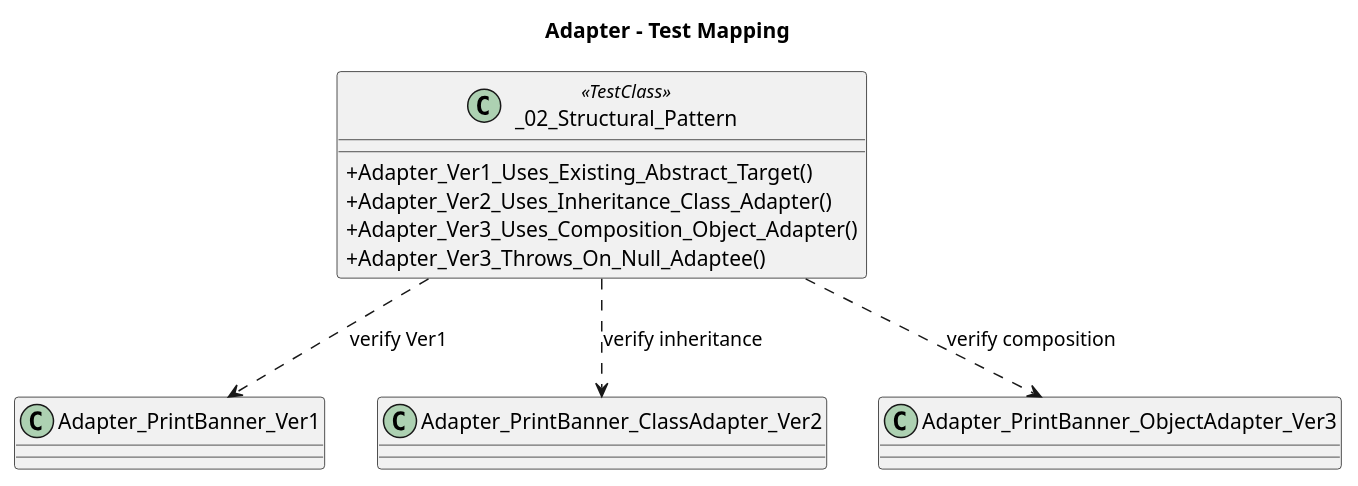
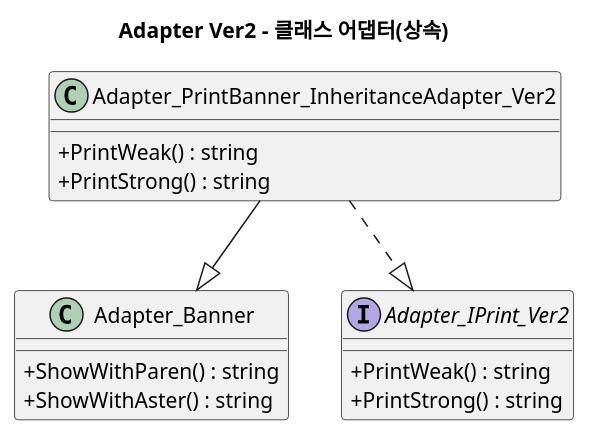
Before and after one commit to newbigwater/Design-Pattern: the second of 3 diagrams in doc/02. Structural Pattern/02.01. Adapter.md, drawn with PlantUML. The commit also changed other lines of this file and 19 other files, not shown here.

Commit message:
Refactor pattern docs to unified format and align adapter/creational sources

````diff
--- a/doc/02. Structural Pattern/02.01. Adapter.md
+++ b/doc/02. Structural Pattern/02.01. Adapter.md
@@ -150,21 +107,24 @@
 ```plantuml
 @startuml
-title Adapter - Test Mapping
+title Adapter Ver2 - 클래스 어댑터(상속)
 skinparam classAttributeIconSize 0
 
-class _02_Structural_Pattern <<TestClass>> {
-  + Adapter_Ver1_Uses_Existing_Abstract_Target()
-  + Adapter_Ver2_Uses_Inheritance_Class_Adapter()
-  + Adapter_Ver3_Uses_Composition_Object_Adapter()
-  + Adapter_Ver3_Throws_On_Null_Adaptee()
+class Adapter_Banner {
+  + ShowWithParen() : string
+  + ShowWithAster() : string
 }
 
-class Adapter_PrintBanner_Ver1
-class Adapter_PrintBanner_ClassAdapter_Ver2
-class Adapter_PrintBanner_ObjectAdapter_Ver3
+interface Adapter_IPrint_Ver2 {
+  + PrintWeak() : string
+  + PrintStrong() : string
+}
 
-_02_Structural_Pattern ..> Adapter_PrintBanner_Ver1 : verify Ver1
-_02_Structural_Pattern ..> Adapter_PrintBanner_ClassAdapter_Ver2 : verify inheritance
-_02_Structural_Pattern ..> Adapter_PrintBanner_ObjectAdapter_Ver3 : verify composition
+class Adapter_PrintBanner_InheritanceAdapter_Ver2 {
+  + PrintWeak() : string
+  + PrintStrong() : string
+}
+
+Adapter_PrintBanner_InheritanceAdapter_Ver2 --|> Adapter_Banner
+Adapter_PrintBanner_InheritanceAdapter_Ver2 ..|> Adapter_IPrint_Ver2
 @enduml
 ```
````
